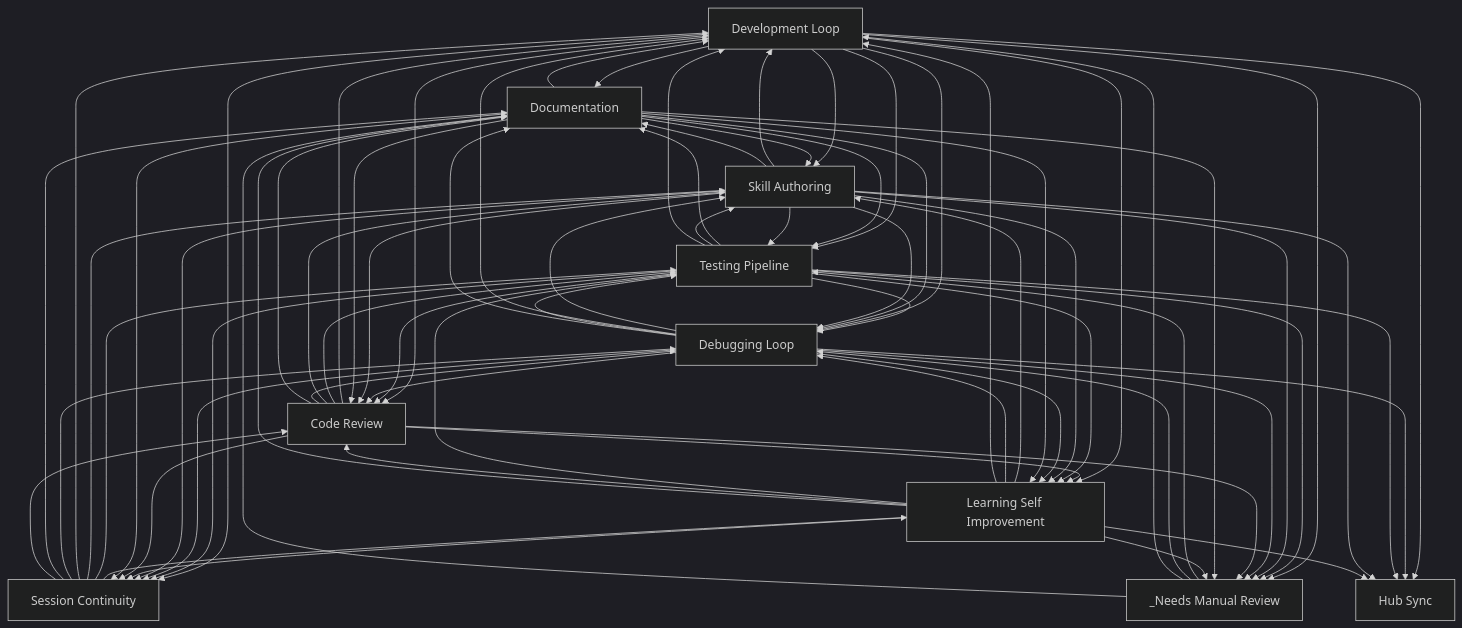
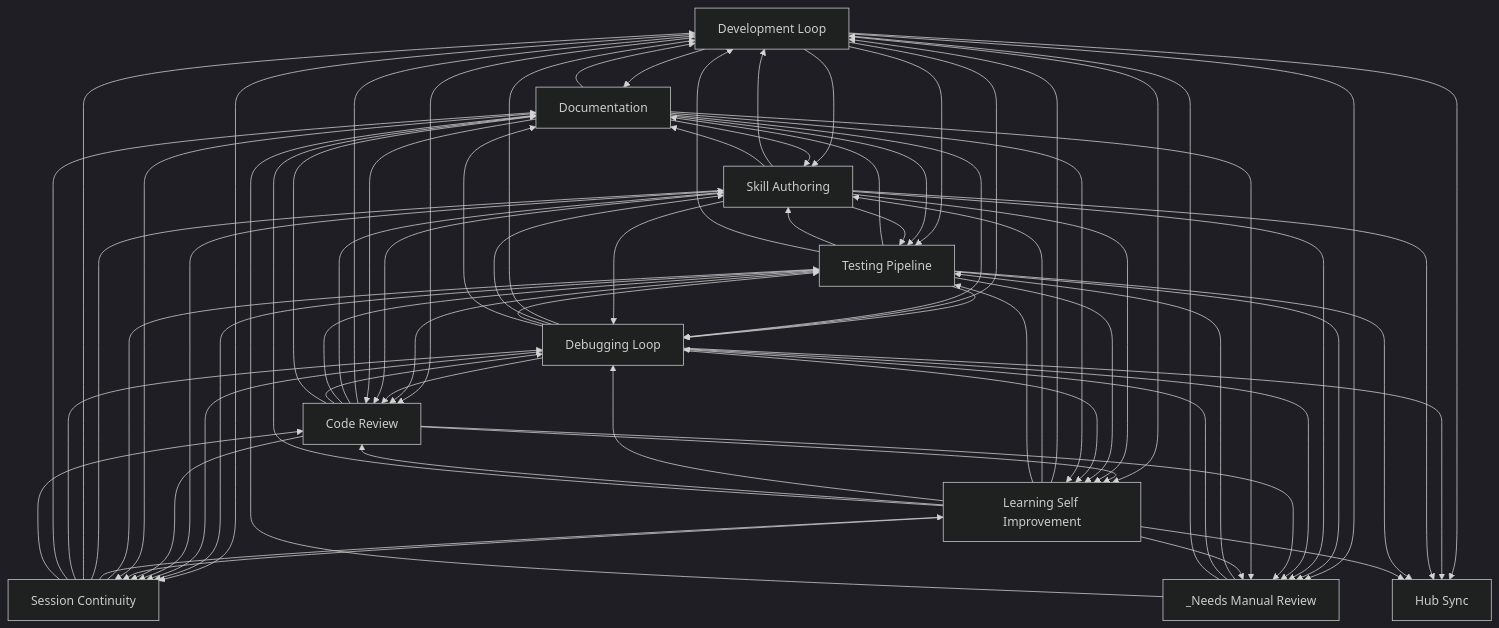
The diagram in docs/workflows/INDEX.md (abhayla/claude-best-practices), drawn with Mermaid (dark theme) before and after one commit. The commit also changed other lines of this file and 12 other files, not shown here.

```diff
--- a/docs/workflows/INDEX.md
+++ b/docs/workflows/INDEX.md
@@ -35,29 +35,29 @@
     testing_pipeline --> documentation
     development_loop --> skill_authoring
     development_loop --> testing_pipeline
-    testing_pipeline --> skill_authoring
     documentation --> skill_authoring
     documentation --> testing_pipeline
+    testing_pipeline --> skill_authoring
     development_loop --> code_review
     code_review --> development_loop
+    code_review --> skill_authoring
     code_review --> testing_pipeline
-    code_review --> skill_authoring
     development_loop --> learning_self_improvement
     code_review --> learning_self_improvement
     skill_authoring --> testing_pipeline
+    testing_pipeline --> development_loop
     testing_pipeline --> debugging_loop
-    testing_pipeline --> development_loop
     testing_pipeline --> code_review
+    debugging_loop --> development_loop
     debugging_loop --> skill_authoring
-    debugging_loop --> development_loop
     debugging_loop --> testing_pipeline
     debugging_loop --> code_review
     development_loop --> debugging_loop
     documentation --> development_loop
     skill_authoring --> development_loop
     skill_authoring --> code_review
+    skill_authoring --> learning_self_improvement
     testing_pipeline --> learning_self_improvement
-    skill_authoring --> learning_self_improvement
     development_loop --> _needs_manual_review
     testing_pipeline --> _needs_manual_review
     documentation --> debugging_loop
@@ -65,21 +65,21 @@
     code_review --> debugging_loop
     code_review --> documentation
     development_loop --> session_continuity
+    session_continuity --> testing_pipeline
     session_continuity --> learning_self_improvement
-    session_continuity --> testing_pipeline
     _needs_manual_review --> testing_pipeline
     testing_pipeline --> session_continuity
+    debugging_loop --> session_continuity
     debugging_loop --> learning_self_improvement
-    debugging_loop --> session_continuity
     debugging_loop --> documentation
     documentation --> learning_self_improvement
     skill_authoring --> session_continuity
     skill_authoring --> debugging_loop
     _needs_manual_review --> debugging_loop
+    learning_self_improvement --> development_loop
     learning_self_improvement --> skill_authoring
+    learning_self_improvement --> testing_pipeline
     learning_self_improvement --> debugging_loop
-    learning_self_improvement --> development_loop
-    learning_self_improvement --> testing_pipeline
     learning_self_improvement --> code_review
     development_loop --> hub_sync
     debugging_loop --> hub_sync
@@ -89,8 +89,8 @@
     skill_authoring --> documentation
     _needs_manual_review --> development_loop
     _needs_manual_review --> documentation
+    code_review --> session_continuity
     learning_self_improvement --> session_continuity
-    code_review --> session_continuity
     documentation --> _needs_manual_review
     session_continuity --> skill_authoring
     learning_self_improvement --> documentation
@@ -98,8 +98,8 @@
     session_continuity --> debugging_loop
     session_continuity --> documentation
     session_continuity --> code_review
+    skill_authoring --> hub_sync
     testing_pipeline --> hub_sync
-    skill_authoring --> hub_sync
     learning_self_improvement --> hub_sync
     learning_self_improvement --> _needs_manual_review
     documentation --> session_continuity
```
